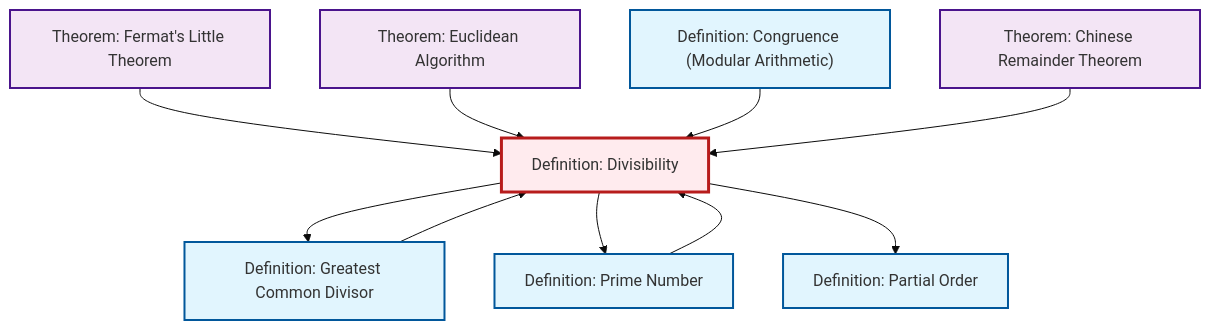
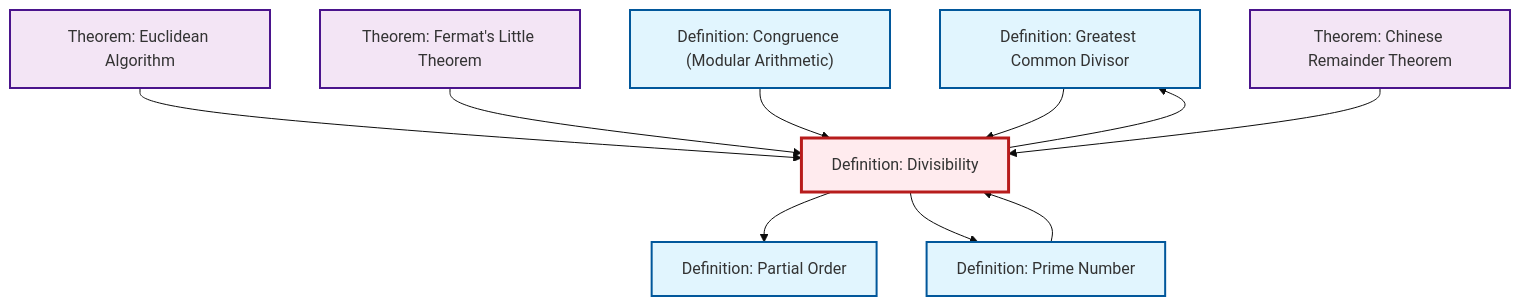
One commit to RK0429/ModernMath changed the diagram in content/en/number-theory/def-divisibility.qmd. Above: the diagram before and after it, drawn with Mermaid (base theme). The commit also changed other lines of this file and 597 other files, not shown here.

````diff
--- a/content/en/number-theory/def-divisibility.qmd
+++ b/content/en/number-theory/def-divisibility.qmd
@@ -88,34 +88,34 @@
 ```{mermaid}
 %%| fig-cap: "Local dependency graph"
 graph TD
     classDef definition fill:#e1f5fe,stroke:#01579b,stroke-width:2px
     classDef theorem fill:#f3e5f5,stroke:#4a148c,stroke-width:2px
     classDef axiom fill:#fff3e0,stroke:#e65100,stroke-width:2px
     classDef example fill:#e8f5e9,stroke:#1b5e20,stroke-width:2px
     classDef current fill:#ffebee,stroke:#b71c1c,stroke-width:3px
+    def-partial-order["Definition: Partial Order"]:::definition
+    def-gcd["Definition: Greatest Common Divisor"]:::definition
+    def-congruence["Definition: Congruence (Modular Arithmetic)"]:::definition
+    thm-fermat-little["Theorem: Fermat's Little Theorem"]:::theorem
+    thm-chinese-remainder["Theorem: Chinese Remainder Theorem"]:::theorem
+    thm-euclidean-algorithm["Theorem: Euclidean Algorithm"]:::theorem
+    def-prime["Definition: Prime Number"]:::definition
     def-divisibility["Definition: Divisibility"]:::definition
-    thm-euclidean-algorithm["Theorem: Euclidean Algorithm"]:::theorem
-    thm-chinese-remainder["Theorem: Chinese Remainder Theorem"]:::theorem
-    def-prime["Definition: Prime Number"]:::definition
-    def-partial-order["Definition: Partial Order"]:::definition
-    def-congruence["Definition: Congruence (Modular Arithmetic)"]:::definition
-    def-gcd["Definition: Greatest Common Divisor"]:::definition
-    thm-fermat-little["Theorem: Fermat's Little Theorem"]:::theorem
+    def-divisibility --> def-partial-order
+    thm-euclidean-algorithm --> def-divisibility
+    thm-fermat-little --> def-divisibility
     def-divisibility --> def-gcd
+    def-congruence --> def-divisibility
+    def-gcd --> def-divisibility
     def-divisibility --> def-prime
-    thm-fermat-little --> def-divisibility
-    def-gcd --> def-divisibility
     def-prime --> def-divisibility
-    thm-euclidean-algorithm --> def-divisibility
-    def-divisibility --> def-partial-order
-    def-congruence --> def-divisibility
     thm-chinese-remainder --> def-divisibility
     class def-divisibility current
+    click def-partial-order "def-partial-order.html" "Go to Partial Order definition"
+    click def-gcd "def-gcd.html" "Go to Greatest Common Divisor definition"
+    click def-congruence "def-congruence.html" "Go to Congruence (Modular Arithmetic) definition"
+    click thm-fermat-little "thm-fermat-little.html" "Go to Fermat's Little Theorem theorem"
+    click thm-chinese-remainder "thm-chinese-remainder.html" "Go to Chinese Remainder Theorem theorem"
     click thm-euclidean-algorithm "thm-euclidean-algorithm.html" "Go to Euclidean Algorithm theorem"
-    click thm-chinese-remainder "thm-chinese-remainder.html" "Go to Chinese Remainder Theorem theorem"
     click def-prime "def-prime.html" "Go to Prime Number definition"
-    click def-partial-order "def-partial-order.html" "Go to Partial Order definition"
-    click def-congruence "def-congruence.html" "Go to Congruence (Modular Arithmetic) definition"
-    click def-gcd "def-gcd.html" "Go to Greatest Common Divisor definition"
-    click thm-fermat-little "thm-fermat-little.html" "Go to Fermat's Little Theorem theorem"
 ```
````
